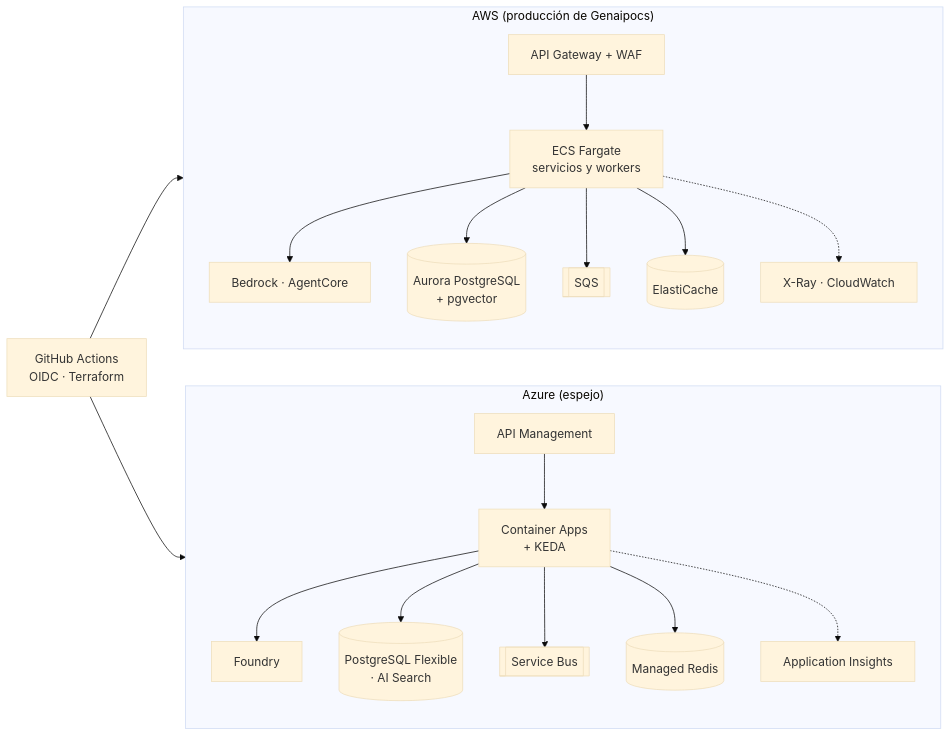
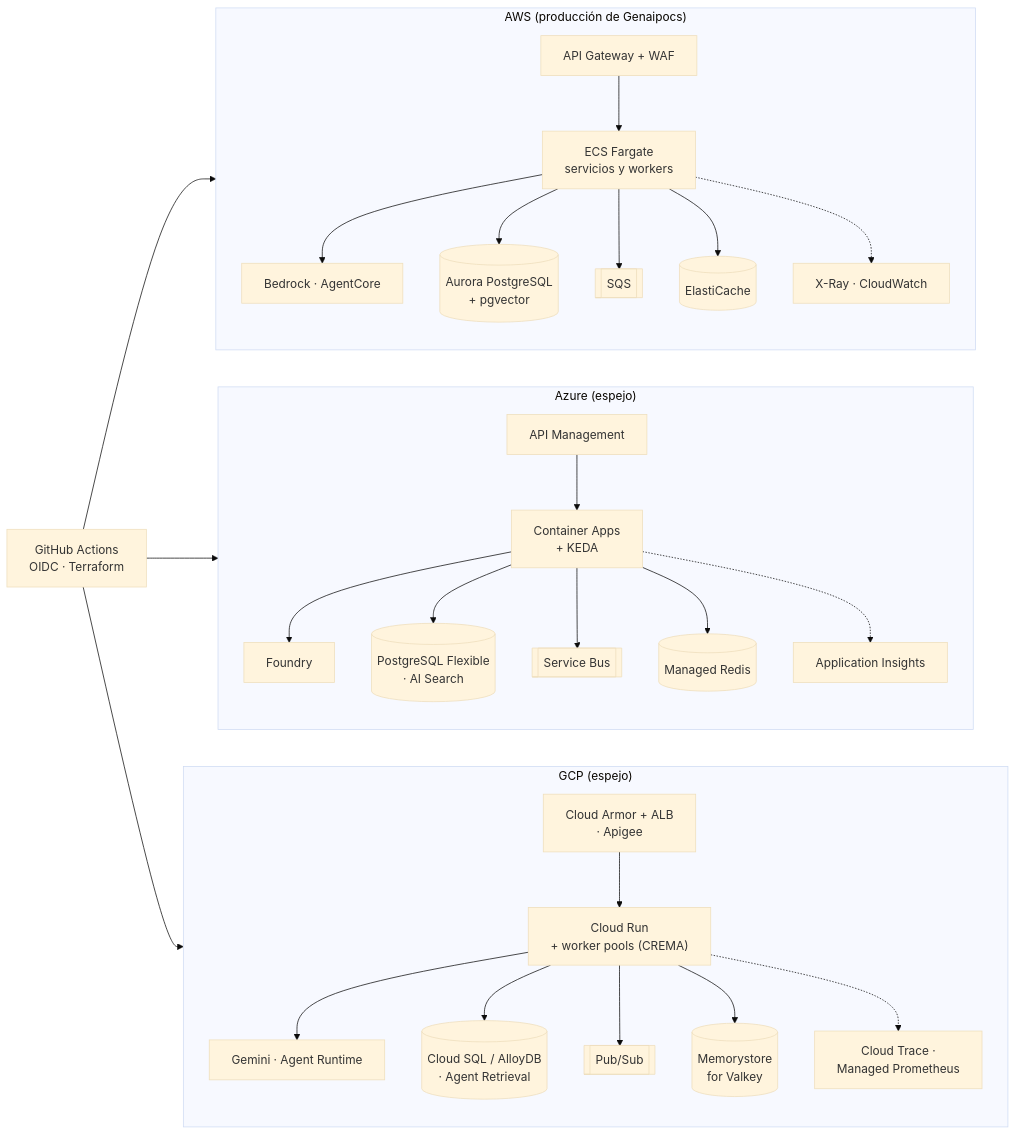
One commit to SergioVelmay/GenAI_PoCs changed diagram 12 of 13 in docs/arquitectura.md. Above: the diagram before and after it, drawn with Mermaid (base theme). The commit also changed other lines of this file and 7 other files, not shown here.

````diff
--- a/docs/arquitectura.md
+++ b/docs/arquitectura.md
@@ -313,22 +327,31 @@
 ```mermaid
 flowchart LR
   subgraph AWS["AWS (producción de Genaipocs)"]
     direction TB
     A1["API Gateway + WAF"] --> A2["ECS Fargate<br/>servicios y workers"]
     A2 --> A3["Bedrock · AgentCore"]
     A2 --> A4[("Aurora PostgreSQL<br/>+ pgvector")]
     A2 --> A5[["SQS"]]
     A2 --> A6[("ElastiCache")]
     A2 -.-> A7["X-Ray · CloudWatch"]
   end
   subgraph AZ["Azure (espejo)"]
     direction TB
     Z1["API Management"] --> Z2["Container Apps<br/>+ KEDA"]
     Z2 --> Z3["Foundry"]
     Z2 --> Z4[("PostgreSQL Flexible<br/>· AI Search")]
     Z2 --> Z5[["Service Bus"]]
     Z2 --> Z6[("Managed Redis")]
     Z2 -.-> Z7["Application Insights"]
   end
-  GH["GitHub Actions<br/>OIDC · Terraform"] --> AWS & AZ
+  subgraph GCP["GCP (espejo)"]
+    direction TB
+    G1["Cloud Armor + ALB<br/>· Apigee"] --> G2["Cloud Run<br/>+ worker pools (CREMA)"]
+    G2 --> G3["Gemini · Agent Runtime"]
+    G2 --> G4[("Cloud SQL / AlloyDB<br/>· Agent Retrieval")]
+    G2 --> G5[["Pub/Sub"]]
+    G2 --> G6[("Memorystore<br/>for Valkey")]
+    G2 -.-> G7["Cloud Trace ·<br/>Managed Prometheus"]
+  end
+  GH["GitHub Actions<br/>OIDC · Terraform"] --> AWS & AZ & GCP
 ```
````
